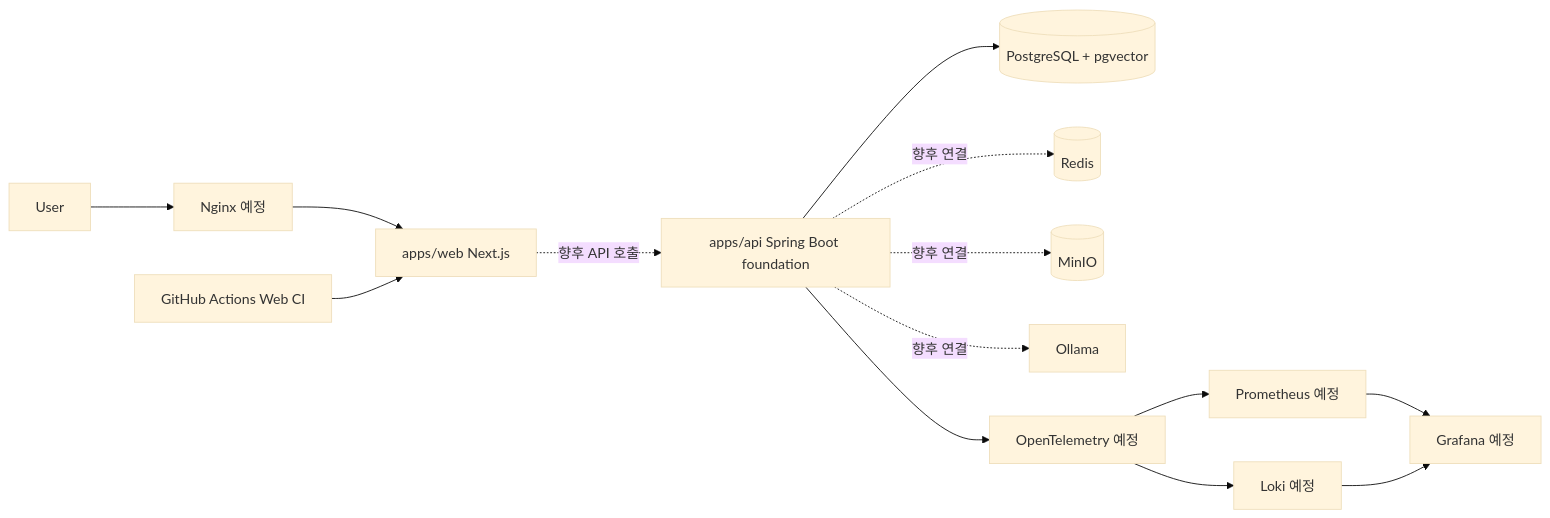
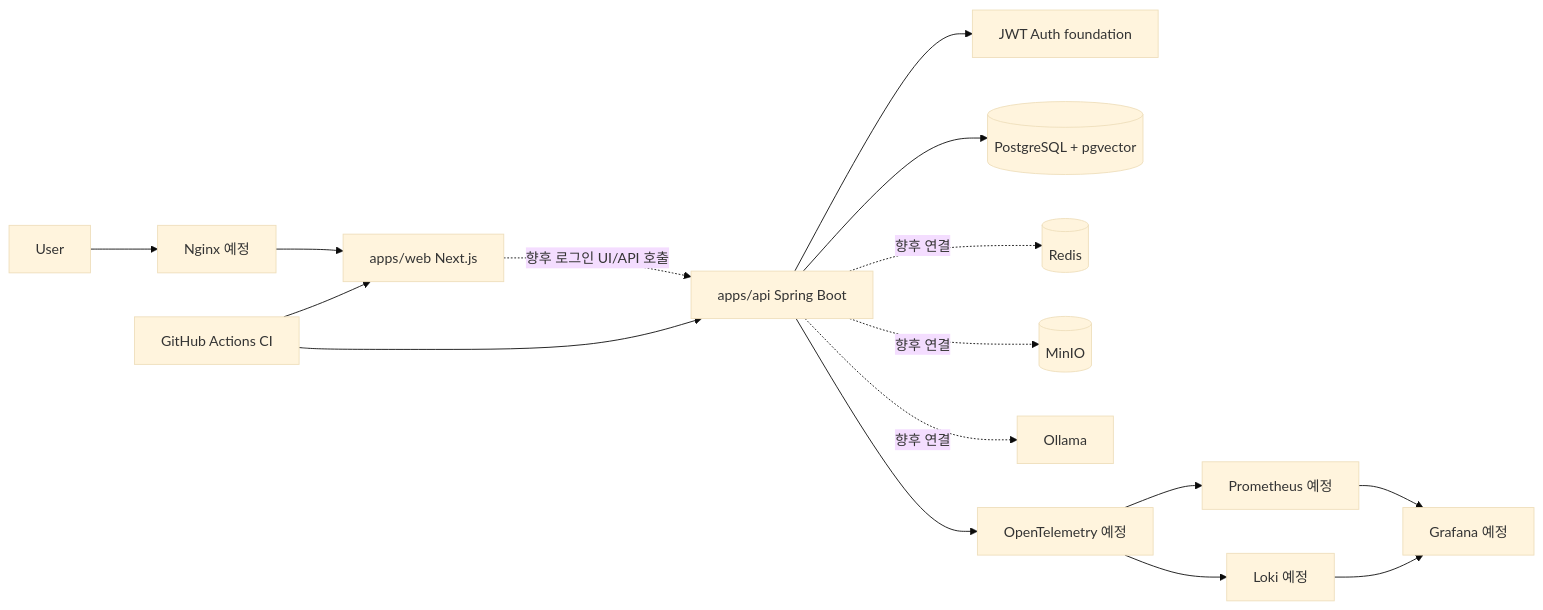
One commit to jhjung3072/assistops-free changed the diagram in docs/architecture.md. Above: the diagram before and after it, drawn with Mermaid (base theme). The commit also changed other lines of this file and 40 other files, not shown here.

````diff
--- a/docs/architecture.md
+++ b/docs/architecture.md
@@ -16,16 +18,18 @@
 ```mermaid
 flowchart LR
   user[User] --> nginx[Nginx 예정]
   nginx --> web[apps/web Next.js]
-  web -. 향후 API 호출 .-> api[apps/api Spring Boot foundation]
+  web -. 향후 로그인 UI/API 호출 .-> api[apps/api Spring Boot]
+  api --> auth[JWT Auth foundation]
   api --> postgres[(PostgreSQL + pgvector)]
   api -. 향후 연결 .-> redis[(Redis)]
   api -. 향후 연결 .-> minio[(MinIO)]
   api -. 향후 연결 .-> ollama[Ollama]
   api --> otel[OpenTelemetry 예정]
   otel --> prometheus[Prometheus 예정]
   otel --> loki[Loki 예정]
   prometheus --> grafana[Grafana 예정]
   loki --> grafana
-  github[GitHub Actions Web CI] --> web
+  github[GitHub Actions CI] --> web
+  github --> api
 ```
````
